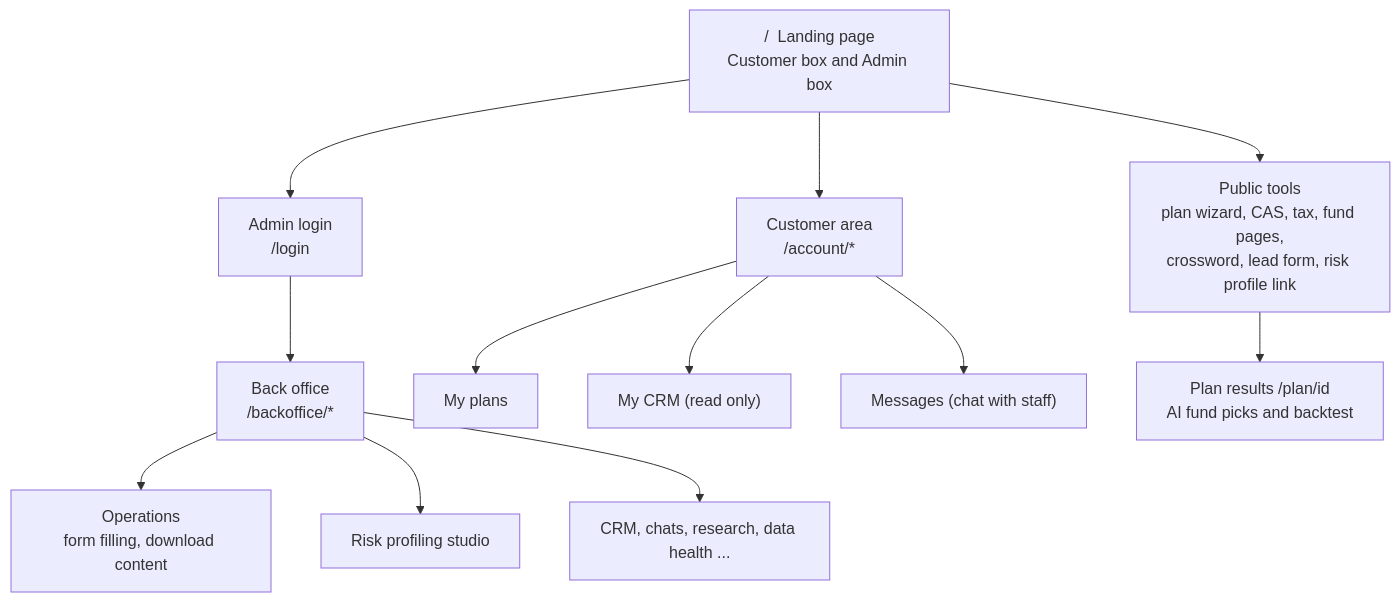
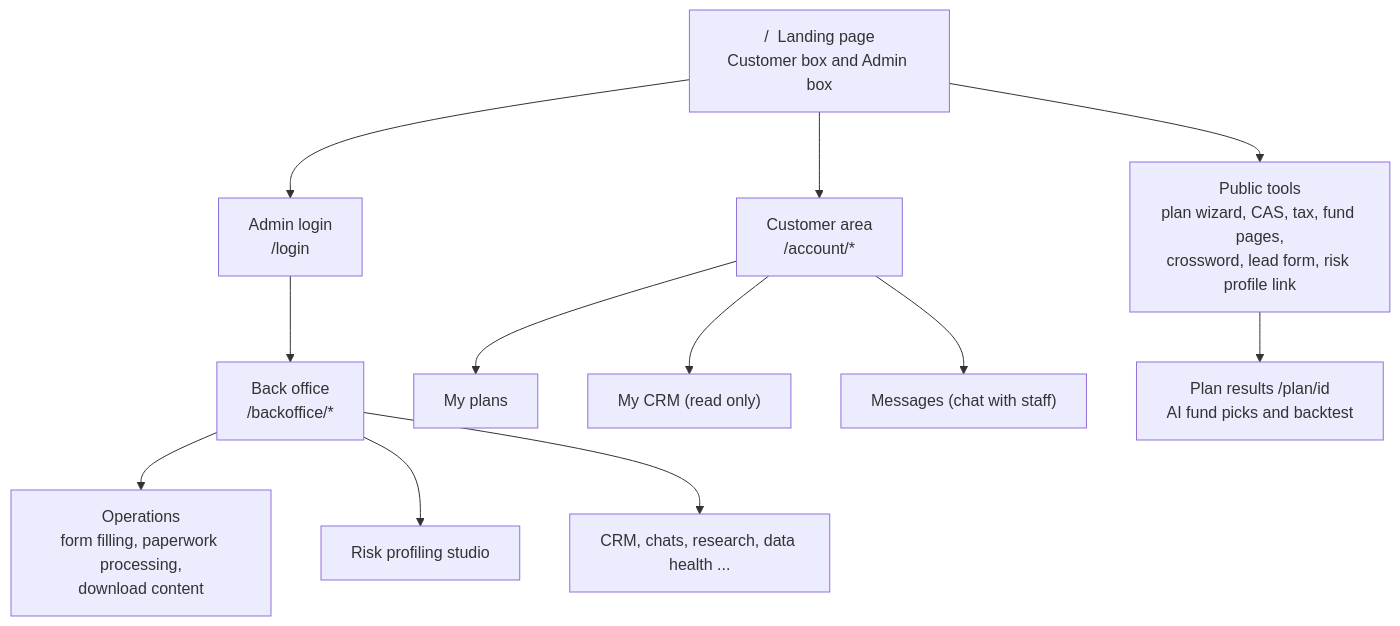
Before and after one commit to debmukdm-jioinstitute/Fund-Horizon: the fourth of 20 diagrams in README.md, drawn with Mermaid. The commit also changed other lines of this file, not shown here.

Commit message:
README: document Paperwork Processing monthly reports

````diff
--- a/README.md
+++ b/README.md
@@ -201,15 +201,15 @@
 ```mermaid
 flowchart TB
     L["/  Landing page<br/>Customer box and Admin box"]
     L --> CU["Customer area<br/>/account/*"]
     L --> AD["Admin login<br/>/login"]
     AD --> BO["Back office<br/>/backoffice/*"]
     L --> PUB["Public tools<br/>plan wizard, CAS, tax, fund pages,<br/>crossword, lead form, risk profile link"]
     CU --> PL["My plans"]
     CU --> CRM["My CRM (read only)"]
     CU --> CH["Messages (chat with staff)"]
     PUB --> PV["Plan results /plan/id<br/>AI fund picks and backtest"]
-    BO --> OPS["Operations<br/>form filling, download content"]
+    BO --> OPS["Operations<br/>form filling, paperwork processing,<br/>download content"]
     BO --> RP["Risk profiling studio"]
     BO --> CRMB["CRM, chats, research, data health ..."]
 ```
````
